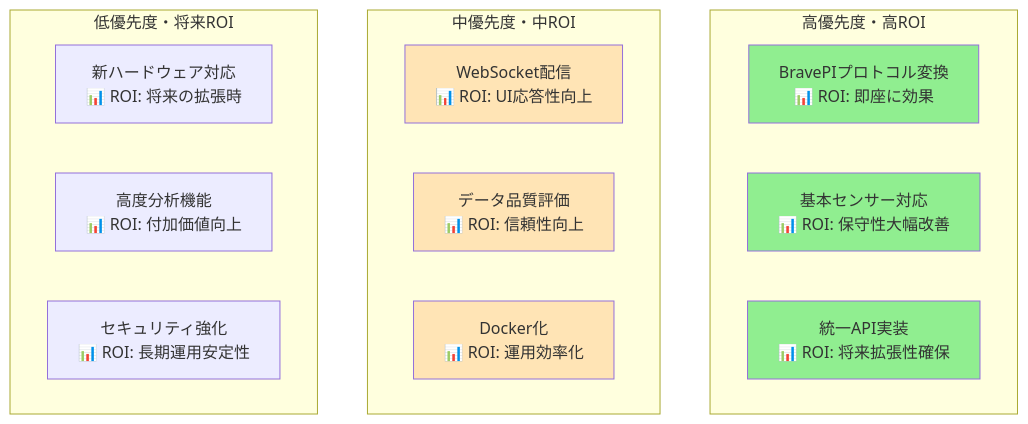
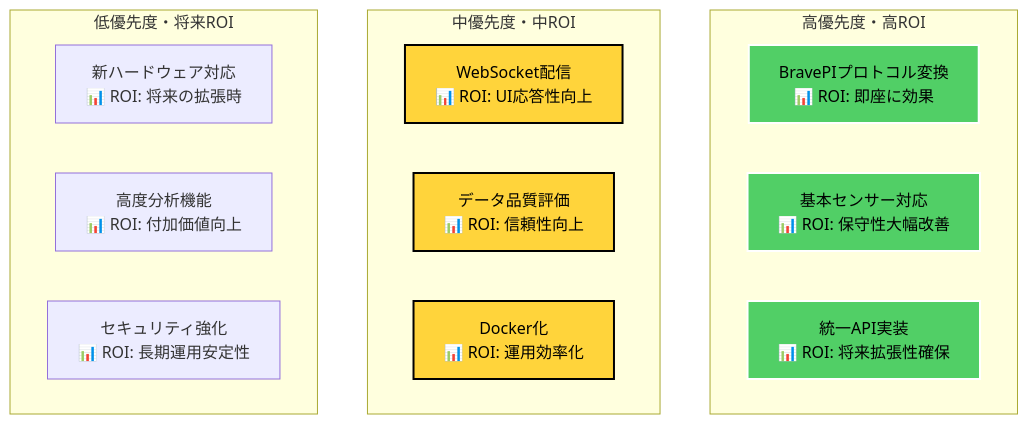
Before and after one commit to w-pinkietech/iot4-copy: diagram 13 of 14 in docs/new-system/architecture/system-overview-diagrams.md, drawn with Mermaid. The commit also changed other lines of this file, not shown here.

First line of the commit message:
docs: Fix Mermaid syntax and improve dark mode colors in system diagrams

````diff
--- a/docs/new-system/architecture/system-overview-diagrams.md
+++ b/docs/new-system/architecture/system-overview-diagrams.md
@@ -468,27 +468,27 @@
 ```mermaid
 graph TB
     subgraph "高優先度・高ROI"
         HIGH1[BravePIプロトコル変換<br/>📊 ROI: 即座に効果]
         HIGH2[基本センサー対応<br/>📊 ROI: 保守性大幅改善]
         HIGH3[統一API実装<br/>📊 ROI: 将来拡張性確保]
     end
     
     subgraph "中優先度・中ROI"
         MID1[WebSocket配信<br/>📊 ROI: UI応答性向上]
         MID2[データ品質評価<br/>📊 ROI: 信頼性向上]
         MID3[Docker化<br/>📊 ROI: 運用効率化]
     end
     
     subgraph "低優先度・将来ROI"
         LOW1[新ハードウェア対応<br/>📊 ROI: 将来の拡張時]
         LOW2[高度分析機能<br/>📊 ROI: 付加価値向上]
         LOW3[セキュリティ強化<br/>📊 ROI: 長期運用安定性]
     end
     
-    style HIGH1 fill:#90EE90
-    style HIGH2 fill:#90EE90
-    style HIGH3 fill:#90EE90
-    style MID1 fill:#FFE4B5
-    style MID2 fill:#FFE4B5
-    style MID3 fill:#FFE4B5
+    style HIGH1 fill:#51cf66,stroke:#fff,stroke-width:2px,color:#000
+    style HIGH2 fill:#51cf66,stroke:#fff,stroke-width:2px,color:#000
+    style HIGH3 fill:#51cf66,stroke:#fff,stroke-width:2px,color:#000
+    style MID1 fill:#ffd43b,stroke:#000,stroke-width:2px,color:#000
+    style MID2 fill:#ffd43b,stroke:#000,stroke-width:2px,color:#000
+    style MID3 fill:#ffd43b,stroke:#000,stroke-width:2px,color:#000
 ```
````
